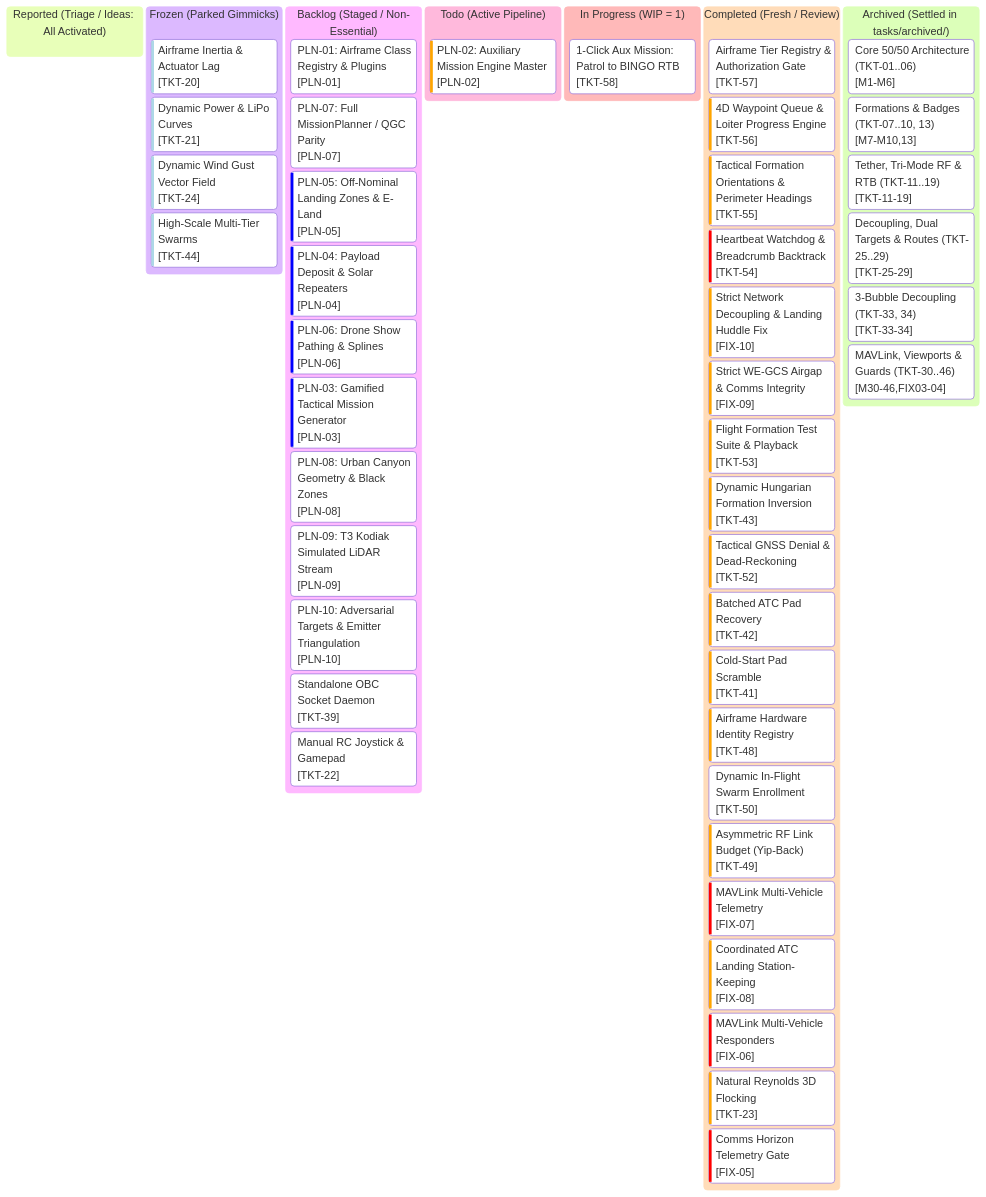
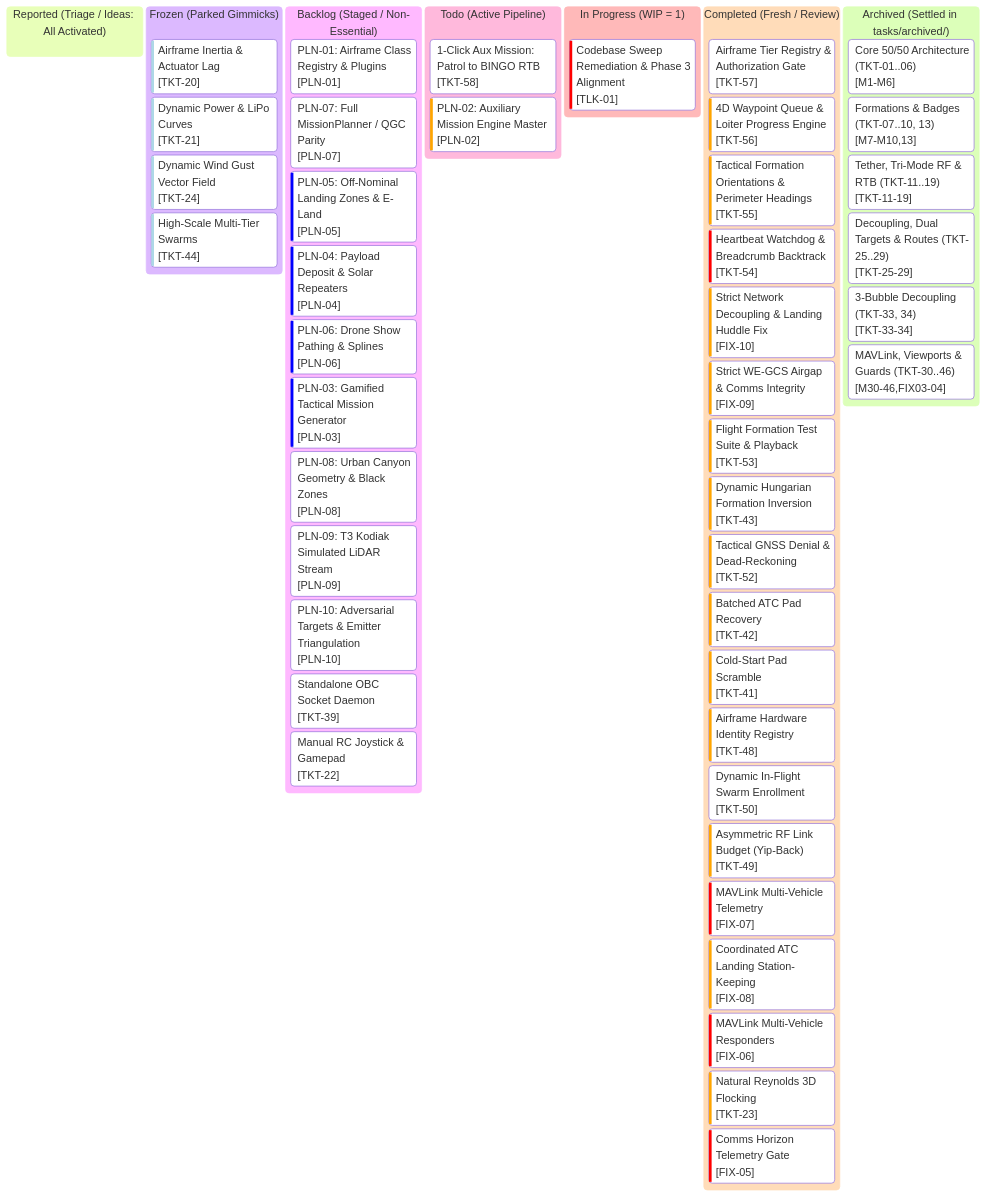
One commit to AlitheiaDeus/AlitheiaHive changed the diagram in kanban.md. Above: the diagram before and after it, drawn with Mermaid. The commit also changed other lines of this file and 6 other files, not shown here.

Commit message:
fix(tests): remediate 3 sweep baseline regressions and add TLK-01 spec

````diff
--- a/kanban.md
+++ b/kanban.md
@@ -10,73 +10,74 @@
 ```mermaid
 %%{init: {
   'theme': 'base',
   'themeVariables': {
     'primaryColor': '#0d2235',
     'primaryTextColor': '#d4f4ff',
     'primaryBorderColor': '#00f0ff',
     'lineColor': '#00f0ff',
     'background': '#061019',
     'mainBkg': '#0a1926',
     'secondaryColor': '#081420',
     'secondaryTextColor': '#5a7e96',
     'secondaryBorderColor': '#134e6f',
     'tertiaryColor': '#0e263d',
     'tertiaryTextColor': '#00ffaa',
     'tertiaryBorderColor': '#00ffaa',
     'clusterBkg': '#081420',
     'clusterBorder': '#134e6f',
     'fontFamily': "'JetBrains Mono', 'Courier New', monospace"
   }
 }}%%
 kanban
   reported["Reported (Triage / Ideas: All Activated)"]
   frozen["Frozen (Parked Gimmicks)"]
     tkt20["Airframe Inertia & Actuator Lag"]@{ ticket: '[TKT-20]', priority: 'Very Low' }
     tkt21["Dynamic Power & LiPo Curves"]@{ ticket: '[TKT-21]', priority: 'Very Low' }
     tkt24["Dynamic Wind Gust Vector Field"]@{ ticket: '[TKT-24]', priority: 'Very Low' }
     tkt44["High-Scale Multi-Tier Swarms"]@{ ticket: '[TKT-44]', priority: 'Very Low' }
   backlog["Backlog (Staged / Non-Essential)"]
     pln01["PLN-01: Airframe Class Registry & Plugins"]@{ ticket: '[PLN-01]', priority: 'Medium' }
     pln07["PLN-07: Full MissionPlanner / QGC Parity"]@{ ticket: '[PLN-07]', priority: 'Medium' }
     pln05["PLN-05: Off-Nominal Landing Zones & E-Land"]@{ ticket: '[PLN-05]', priority: 'Low' }
     pln04["PLN-04: Payload Deposit & Solar Repeaters"]@{ ticket: '[PLN-04]', priority: 'Low' }
     pln06["PLN-06: Drone Show Pathing & Splines"]@{ ticket: '[PLN-06]', priority: 'Low' }
     pln03["PLN-03: Gamified Tactical Mission Generator"]@{ ticket: '[PLN-03]', priority: 'Low' }
     pln08["PLN-08: Urban Canyon Geometry & Black Zones"]@{ ticket: '[PLN-08]', priority: 'Medium' }
     pln09["PLN-09: T3 Kodiak Simulated LiDAR Stream"]@{ ticket: '[PLN-09]', priority: 'Medium' }
     pln10["PLN-10: Adversarial Targets & Emitter Triangulation"]@{ ticket: '[PLN-10]', priority: 'Medium' }
     tkt39["Standalone OBC Socket Daemon"]@{ ticket: '[TKT-39]', priority: 'Medium' }
     tkt22["Manual RC Joystick & Gamepad"]@{ ticket: '[TKT-22]', priority: 'Medium' }
   todo["Todo (Active Pipeline)"]
+    tkt58["1-Click Aux Mission: Patrol to BINGO RTB"]@{ ticket: '[TKT-58]', priority: 'Medium' }
     pln02["PLN-02: Auxiliary Mission Engine Master"]@{ ticket: '[PLN-02]', priority: 'High' }
   in_progress["In Progress (WIP = 1)"]
-    tkt58["1-Click Aux Mission: Patrol to BINGO RTB"]@{ ticket: '[TKT-58]', priority: 'Medium' }
+    tlk01["Codebase Sweep Remediation & Phase 3 Alignment"]@{ ticket: '[TLK-01]', priority: 'Very High' }
 
   completed["Completed (Fresh / Review)"]
     tkt57["Airframe Tier Registry & Authorization Gate"]@{ ticket: '[TKT-57]', priority: 'Medium' }
     tkt56["4D Waypoint Queue & Loiter Progress Engine"]@{ ticket: '[TKT-56]', priority: 'High' }
     tkt55["Tactical Formation Orientations & Perimeter Headings"]@{ ticket: '[TKT-55]', priority: 'High' }
     tkt54["Heartbeat Watchdog & Breadcrumb Backtrack"]@{ ticket: '[TKT-54]', priority: 'Very High' }
     fix10["Strict Network Decoupling & Landing Huddle Fix"]@{ ticket: '[FIX-10]', priority: 'High' }
     fix09["Strict WE-GCS Airgap & Comms Integrity"]@{ ticket: '[FIX-09]', priority: 'High' }
     tkt53["Flight Formation Test Suite & Playback"]@{ ticket: '[TKT-53]', priority: 'High' }
     tkt43["Dynamic Hungarian Formation Inversion"]@{ ticket: '[TKT-43]', priority: 'High' }
     tkt52["Tactical GNSS Denial & Dead-Reckoning"]@{ ticket: '[TKT-52]', priority: 'High' }
     tkt42["Batched ATC Pad Recovery"]@{ ticket: '[TKT-42]', priority: 'High' }
     tkt41["Cold-Start Pad Scramble"]@{ ticket: '[TKT-41]', priority: 'High' }
     tkt48["Airframe Hardware Identity Registry"]@{ ticket: '[TKT-48]', priority: 'High' }
     tkt50["Dynamic In-Flight Swarm Enrollment"]@{ ticket: '[TKT-50]', priority: 'Medium' }
     tkt49["Asymmetric RF Link Budget (Yip-Back)"]@{ ticket: '[TKT-49]', priority: 'High' }
     fix07["MAVLink Multi-Vehicle Telemetry"]@{ ticket: '[FIX-07]', priority: 'Very High' }
     fix08["Coordinated ATC Landing Station-Keeping"]@{ ticket: '[FIX-08]', priority: 'High' }
     fix06["MAVLink Multi-Vehicle Responders"]@{ ticket: '[FIX-06]', priority: 'Very High' }
     tkt23["Natural Reynolds 3D Flocking"]@{ ticket: '[TKT-23]', priority: 'High' }
     fix05["Comms Horizon Telemetry Gate"]@{ ticket: '[FIX-05]', priority: 'Very High' }
   archived["Archived (Settled in tasks/archived/)"]
     arch_m1_6["Core 50/50 Architecture (TKT-01..06)"]@{ ticket: '[M1-M6]' }
     arch_m7_10_13["Formations & Badges (TKT-07..10, 13)"]@{ ticket: '[M7-M10,13]' }
     arch_m11_19["Tether, Tri-Mode RF & RTB (TKT-11..19)"]@{ ticket: '[TKT-11-19]' }
     arch_m25_29["Decoupling, Dual Targets & Routes (TKT-25..29)"]@{ ticket: '[TKT-25-29]' }
     arch_m33_34["3-Bubble Decoupling (TKT-33, 34)"]@{ ticket: '[TKT-33-34]' }
     arch_m30_46["MAVLink, Viewports & Guards (TKT-30..46)"]@{ ticket: '[M30-46,FIX03-04]' }
 ```
````
